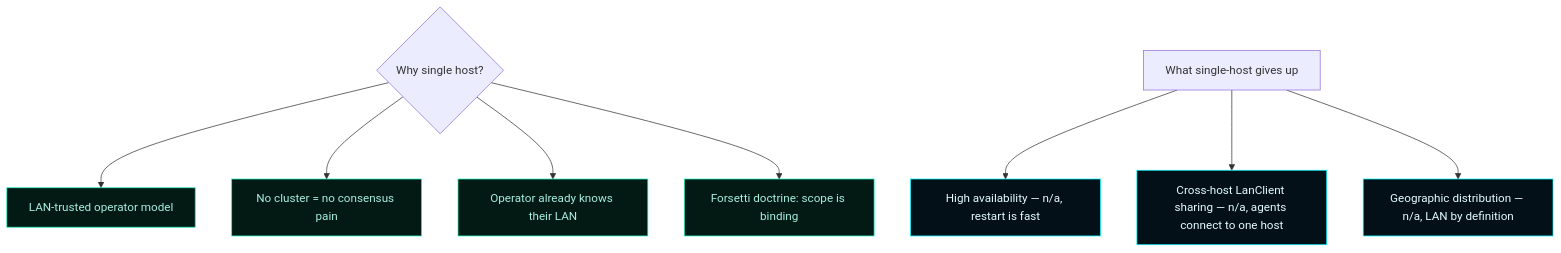
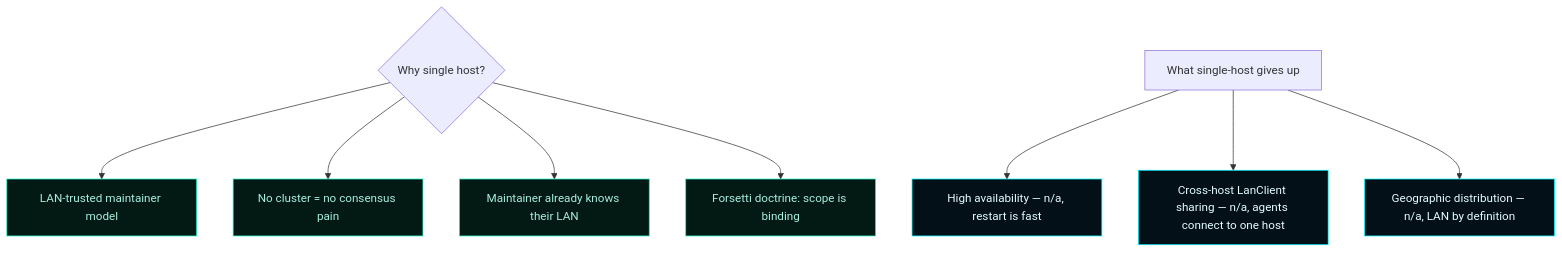
The sixth of 6 diagrams in docs/wiki/Infrastructure.md (flynn33/Master-Control-Orchestration-Server), drawn with Mermaid before and after one commit. The commit also changed other lines of this file and 20 other files, not shown here.

````diff
--- a/docs/wiki/Infrastructure.md
+++ b/docs/wiki/Infrastructure.md
@@ -228,15 +228,15 @@
 ```mermaid
 flowchart TD
     classDef accent fill:#031018,stroke:#00F6FF,color:#E6FCFF;
     classDef good fill:#031a14,stroke:#1cf2c1,color:#a8efe0;
     classDef bad fill:#1a0008,stroke:#FF2D55,color:#FFC0CB;
 
-    Q{Why single host?} --> A1[LAN-trusted operator model]:::good
+    Q{Why single host?} --> A1[LAN-trusted maintainer model]:::good
     Q --> A2[No cluster = no consensus pain]:::good
-    Q --> A3[Operator already knows their LAN]:::good
+    Q --> A3[Maintainer already knows their LAN]:::good
     Q --> A4[Forsetti doctrine: scope is binding]:::good
 
     Anti[What single-host gives up] --> A5[High availability — n/a, restart is fast]:::accent
     Anti --> A6[Cross-host LanClient sharing — n/a, agents connect to one host]:::accent
     Anti --> A7[Geographic distribution — n/a, LAN by definition]:::accent
 ```
````
